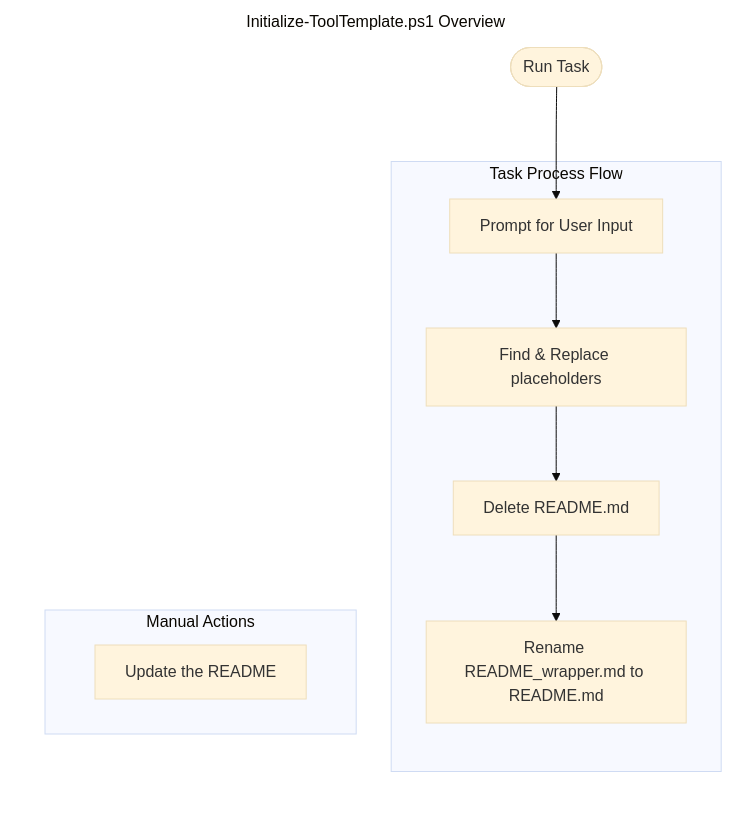
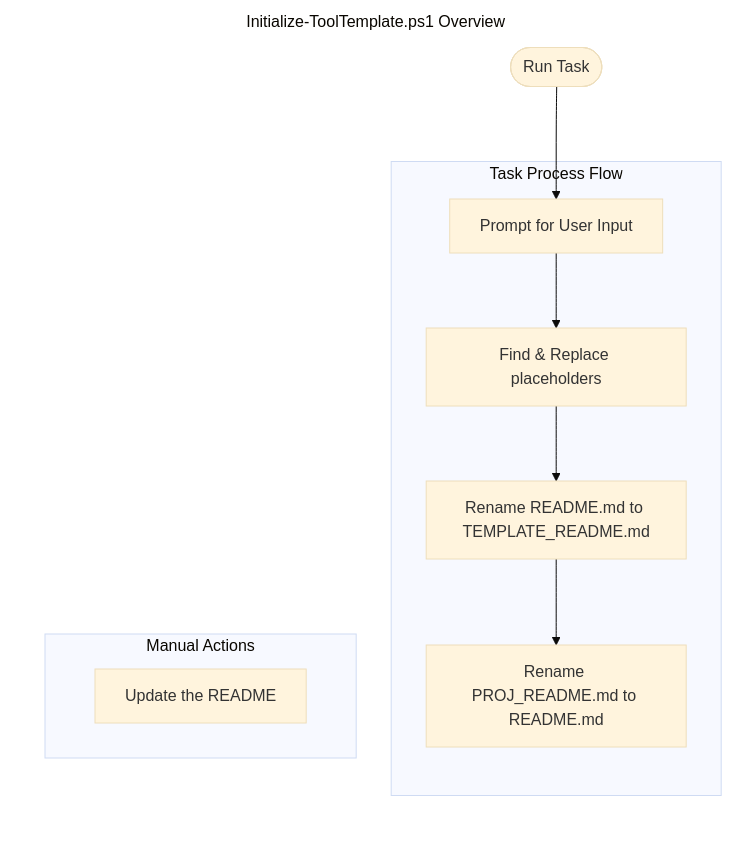
One commit to epopisces/template_api_wrapper changed the diagram in README.md. Above: the diagram before and after it, drawn with Mermaid (base theme). The commit also changed other lines of this file and 3 other files, not shown here.

````diff
--- a/README.md
+++ b/README.md
@@ -65,14 +67,14 @@
 ```mermaid
 %% tricky getting subgraphs not to re-order themselves.  Used invisible Container subgraph to force ordering
 flowchart LR
     subgraph Container [Initialize-ToolTemplate.ps1 Overview]
         A([Run Task])-->B[Prompt for User Input]
         subgraph task [Task Process Flow]
-        B-->C[Find & Replace placeholders]-->D[Delete README.md]-->E[Rename README_wrapper.md to README.md]
+        B-->C[Find & Replace placeholders]-->D[Rename README.md to TEMPLATE_README.md]-->E[Rename PROJ_README.md to README.md]
         end
         subgraph user [Manual Actions]
         F[Update the README]
         end
     end
     style Container fill:none,stroke:none
 ```
````
